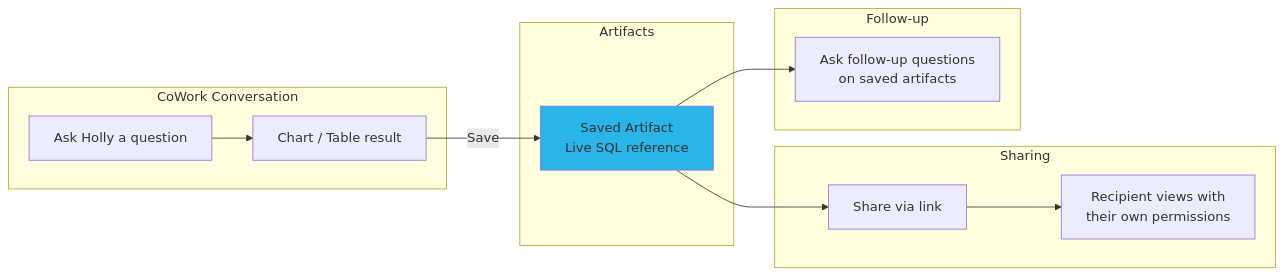
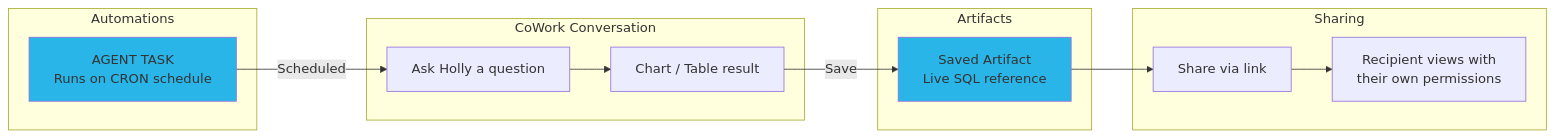
One commit to sfc-gh-cmoynihan/holly-labs changed the first of 2 diagrams in step8_artifacts/step8_readme.md. Above: the diagram before and after it, drawn with Mermaid. The commit also changed other lines of this file and 1 other file, not shown here.

First line of the commit message:
Expand step 8: detailed artifacts guide, automations for top 4 sample questions

````diff
--- a/step8_artifacts/step8_readme.md
+++ b/step8_artifacts/step8_readme.md
@@ -9,28 +9,29 @@
 ```mermaid
 graph LR
     subgraph "CoWork Conversation"
         Q[Ask Holly a question]
         C[Chart / Table result]
     end
 
     subgraph "Artifacts"
         A[Saved Artifact<br/>Live SQL reference]
     end
 
     subgraph "Sharing"
         S1[Share via link]
         S2[Recipient views with<br/>their own permissions]
     end
 
-    subgraph "Follow-up"
-        F[Ask follow-up questions<br/>on saved artifacts]
+    subgraph "Automations"
+        AT[AGENT TASK<br/>Runs on CRON schedule]
     end
 
     Q --> C
     C -->|Save| A
     A --> S1
     S1 --> S2
-    A --> F
+    AT -->|Scheduled| Q
 
     style A fill:#29B5E8
+    style AT fill:#29B5E8
 ```
````
